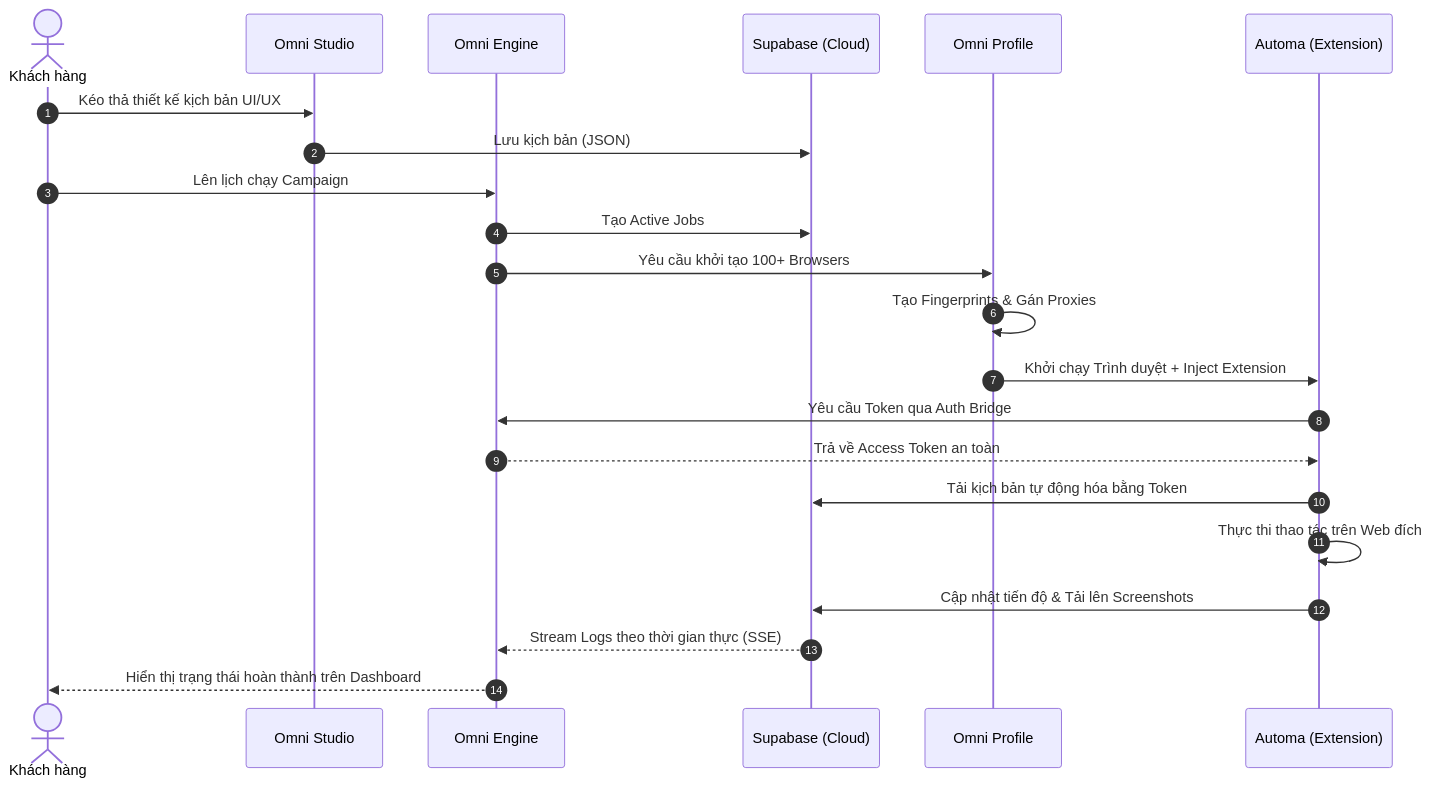
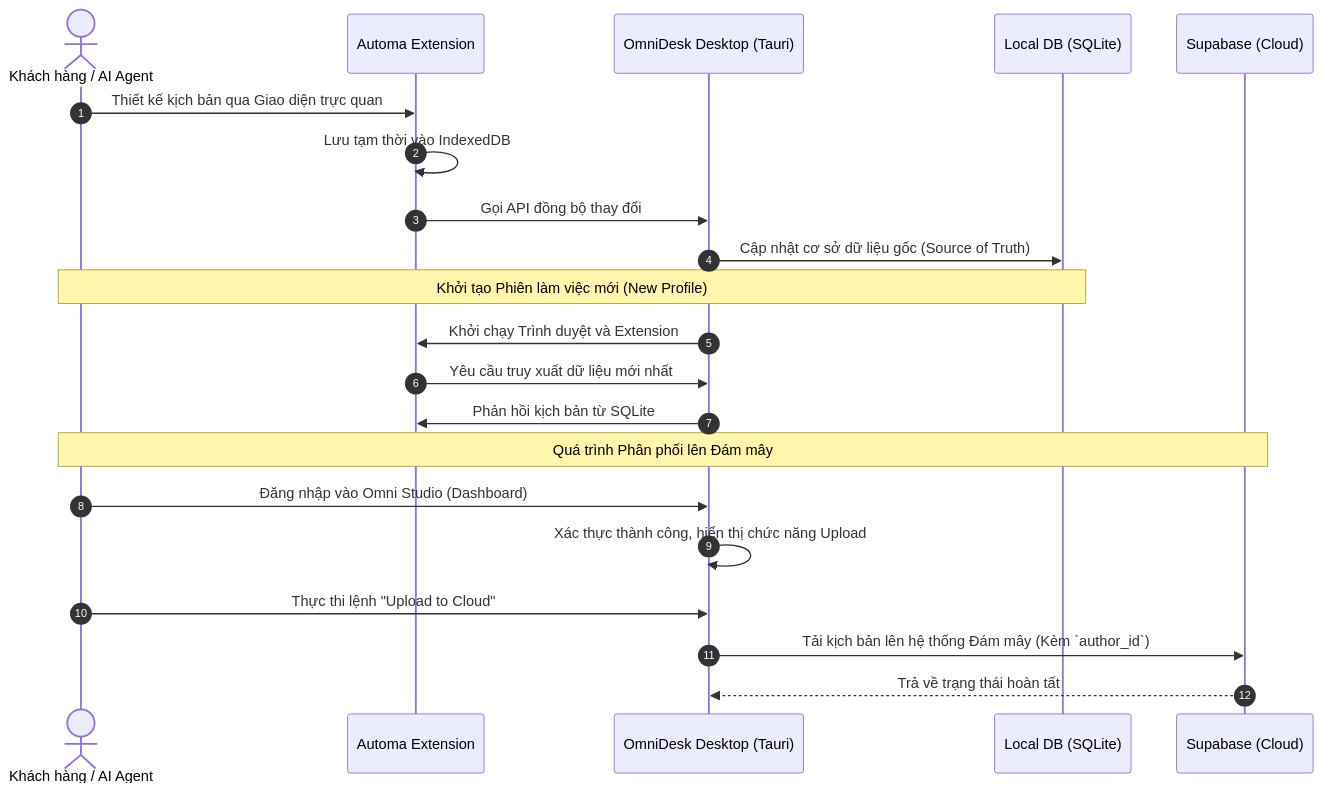
The second of 2 diagrams in docs/presale_architecture.md (tuquet/omnidesk), drawn with Mermaid before and after one commit. The commit also changed other lines of this file and 3 other files, not shown here.

````diff
--- a/docs/presale_architecture.md
+++ b/docs/presale_architecture.md
@@ -80,25 +93,26 @@
 ```mermaid
 sequenceDiagram
     autonumber
-    actor User as Khách hàng
-    participant Studio as Omni Studio
-    participant Engine as Omni Engine
+    actor User as Khách hàng / AI Agent
+    participant Automa as Automa Extension
+    participant Tauri as OmniDesk Desktop (Tauri)
+    participant SQLite as Local DB (SQLite)
     participant Cloud as Supabase (Cloud)
-    participant Profile as Omni Profile
-    participant Automa as Automa (Extension)
 
-    User->>Studio: Kéo thả thiết kế kịch bản UI/UX
-    Studio->>Cloud: Lưu kịch bản (JSON)
-    User->>Engine: Lên lịch chạy Campaign
-    Engine->>Cloud: Tạo Active Jobs
-    Engine->>Profile: Yêu cầu khởi tạo 100+ Browsers
-    Profile->>Profile: Tạo Fingerprints & Gán Proxies
-    Profile->>Automa: Khởi chạy Trình duyệt + Inject Extension
-    Automa->>Engine: Yêu cầu Token qua Auth Bridge
-    Engine-->>Automa: Trả về Access Token an toàn
-    Automa->>Cloud: Tải kịch bản tự động hóa bằng Token
-    Automa->>Automa: Thực thi thao tác trên Web đích
-    Automa->>Cloud: Cập nhật tiến độ & Tải lên Screenshots
-    Cloud-->>Engine: Stream Logs theo thời gian thực (SSE)
-    Engine-->>User: Hiển thị trạng thái hoàn thành trên Dashboard
+    User->>Automa: Thiết kế kịch bản qua Giao diện trực quan
+    Automa->>Automa: Lưu tạm thời vào IndexedDB
+    Automa->>Tauri: Gọi API đồng bộ thay đổi
+    Tauri->>SQLite: Cập nhật cơ sở dữ liệu gốc (Source of Truth)
+
+    Note over User, SQLite: Khởi tạo Phiên làm việc mới (New Profile)
+    Tauri->>Automa: Khởi chạy Trình duyệt và Extension
+    Automa->>Tauri: Yêu cầu truy xuất dữ liệu mới nhất
+    Tauri->>Automa: Phản hồi kịch bản từ SQLite
+
+    Note over User, Cloud: Quá trình Phân phối lên Đám mây
+    User->>Tauri: Đăng nhập vào Omni Studio (Dashboard)
+    Tauri->>Tauri: Xác thực thành công, hiển thị chức năng Upload
+    User->>Tauri: Thực thi lệnh "Upload to Cloud"
+    Tauri->>Cloud: Tải kịch bản lên hệ thống Đám mây (Kèm `author_id`)
+    Cloud-->>Tauri: Trả về trạng thái hoàn tất
 ```
````
